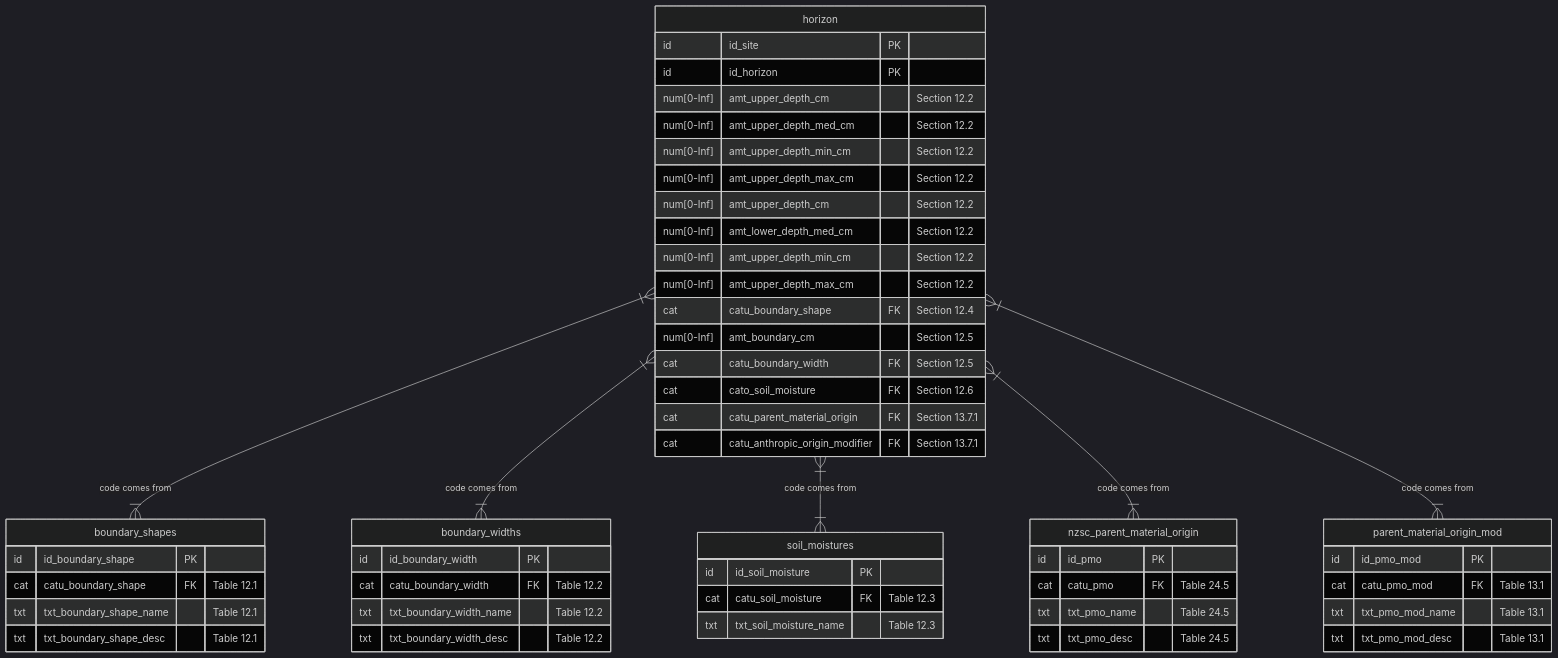
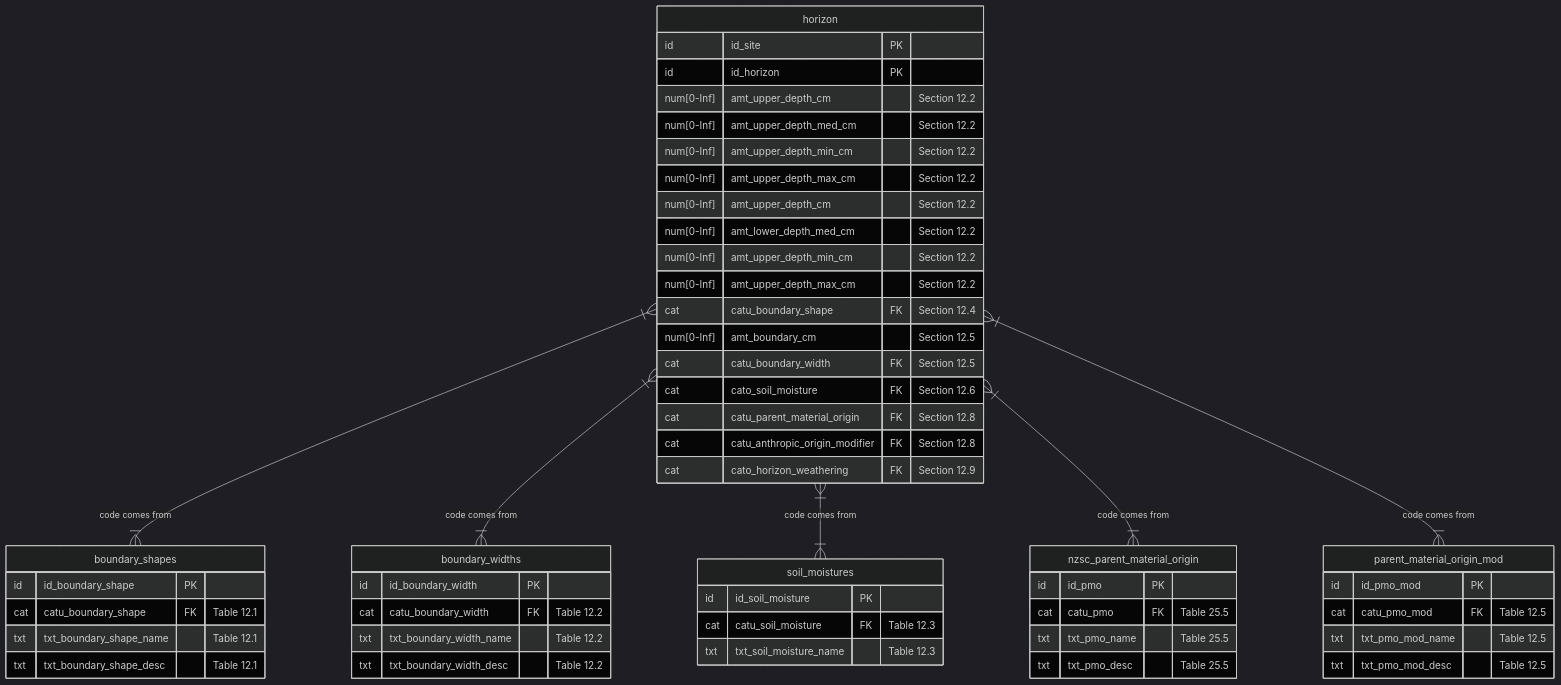
Before and after one commit to manaakiwhenua/NZ_soildesc_2024: the ninth of 25 diagrams in ap_03_database_design.qmd, drawn with Mermaid (dark theme). The commit also changed other lines of this file and 5 other files, not shown here.

````diff
--- a/ap_03_database_design.qmd
+++ b/ap_03_database_design.qmd
@@ -666,66 +666,68 @@
 ```{mermaid}
 %%| fig-cap: "Horizon - Details"
 
 %%{ init: { 'er': { 'layoutDirection': 'LR' } } }%%
 erDiagram
   horizon }|--|{ boundary_shapes : "code comes from"
   horizon }|--|{ boundary_widths : "code comes from"
   horizon }|--|{ soil_moistures : "code comes from"
   horizon }|--|{ nzsc_parent_material_origin : "code comes from"
   horizon }|--|{ parent_material_origin_mod : "code comes from"
   
   horizon {
   id         id_site PK
   id         id_horizon PK
   num[0-Inf] amt_upper_depth_cm      "Section 12.2"
   num[0-Inf] amt_upper_depth_med_cm  "Section 12.2"
   num[0-Inf] amt_upper_depth_min_cm  "Section 12.2"
   num[0-Inf] amt_upper_depth_max_cm  "Section 12.2"
   num[0-Inf] amt_upper_depth_cm      "Section 12.2"
   num[0-Inf] amt_lower_depth_med_cm  "Section 12.2"
   num[0-Inf] amt_upper_depth_min_cm  "Section 12.2"
   num[0-Inf] amt_upper_depth_max_cm  "Section 12.2"
   cat        catu_boundary_shape FK  "Section 12.4"
   num[0-Inf] amt_boundary_cm         "Section 12.5"
   cat        catu_boundary_width FK  "Section 12.5" 
   cat        cato_soil_moisture FK   "Section 12.6"
   %% pmo %%
-  cat        catu_parent_material_origin FK    "Section 13.7.1"
-  cat        catu_anthropic_origin_modifier FK "Section 13.7.1"
+  cat        catu_parent_material_origin FK    "Section 12.8"
+  cat        catu_anthropic_origin_modifier FK "Section 12.8"
+  %% weathering %%
+  cat        cato_horizon_weathering FK  "Section 12.9"
   }
   
   boundary_shapes {
     id          id_boundary_shape PK
     cat         catu_boundary_shape FK       "Table 12.1"
     txt         txt_boundary_shape_name      "Table 12.1"
     txt         txt_boundary_shape_desc      "Table 12.1"
   }
  
   boundary_widths {
     id          id_boundary_width PK
     cat         catu_boundary_width FK       "Table 12.2"
     txt         txt_boundary_width_name      "Table 12.2"
     txt         txt_boundary_width_desc      "Table 12.2"
   } 
   
   soil_moistures {
     id          id_soil_moisture PK
     cat         catu_soil_moisture FK       "Table 12.3"
     txt         txt_soil_moisture_name      "Table 12.3"
   }
   
   nzsc_parent_material_origin {
     id          id_pmo PK
-    cat         catu_pmo FK             "Table 24.5"
-    txt         txt_pmo_name            "Table 24.5"
-    txt         txt_pmo_desc            "Table 24.5"  
+    cat         catu_pmo FK             "Table 25.5"
+    txt         txt_pmo_name            "Table 25.5"
+    txt         txt_pmo_desc            "Table 25.5"  
   }
   
   parent_material_origin_mod {
     id          id_pmo_mod PK
-    cat         catu_pmo_mod FK         "Table 13.1"
-    txt         txt_pmo_mod_name        "Table 13.1"
-    txt         txt_pmo_mod_desc        "Table 13.1"  
+    cat         catu_pmo_mod FK         "Table 12.5"
+    txt         txt_pmo_mod_name        "Table 12.5"
+    txt         txt_pmo_mod_desc        "Table 12.5"  
   }
   
 ```
````
